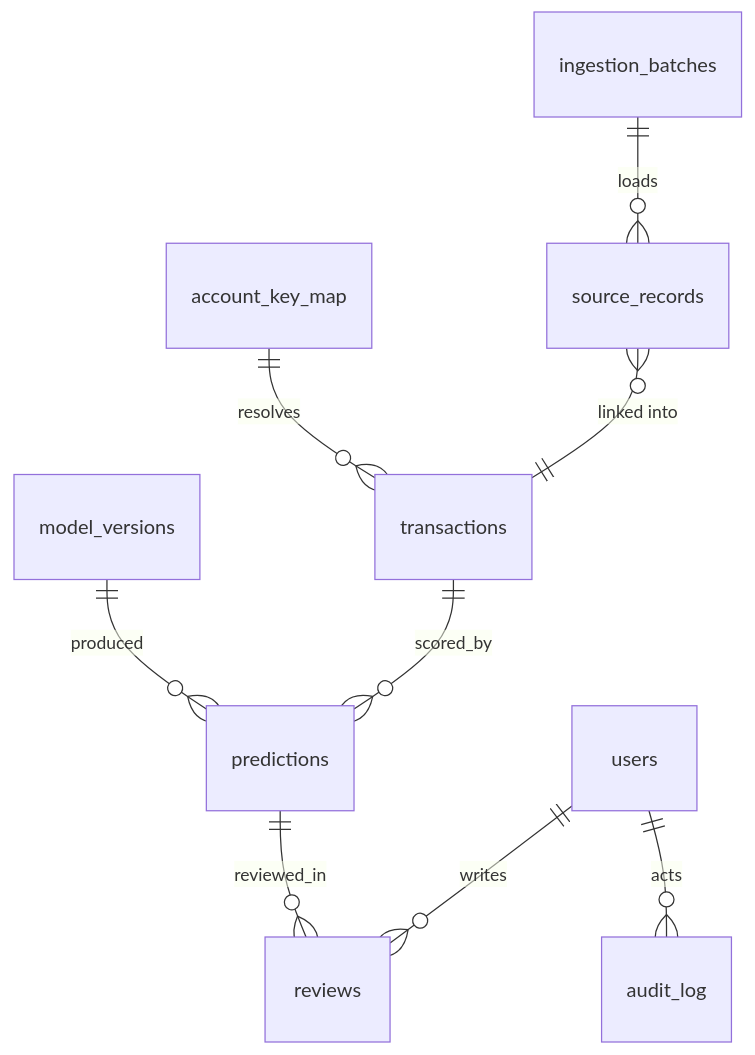
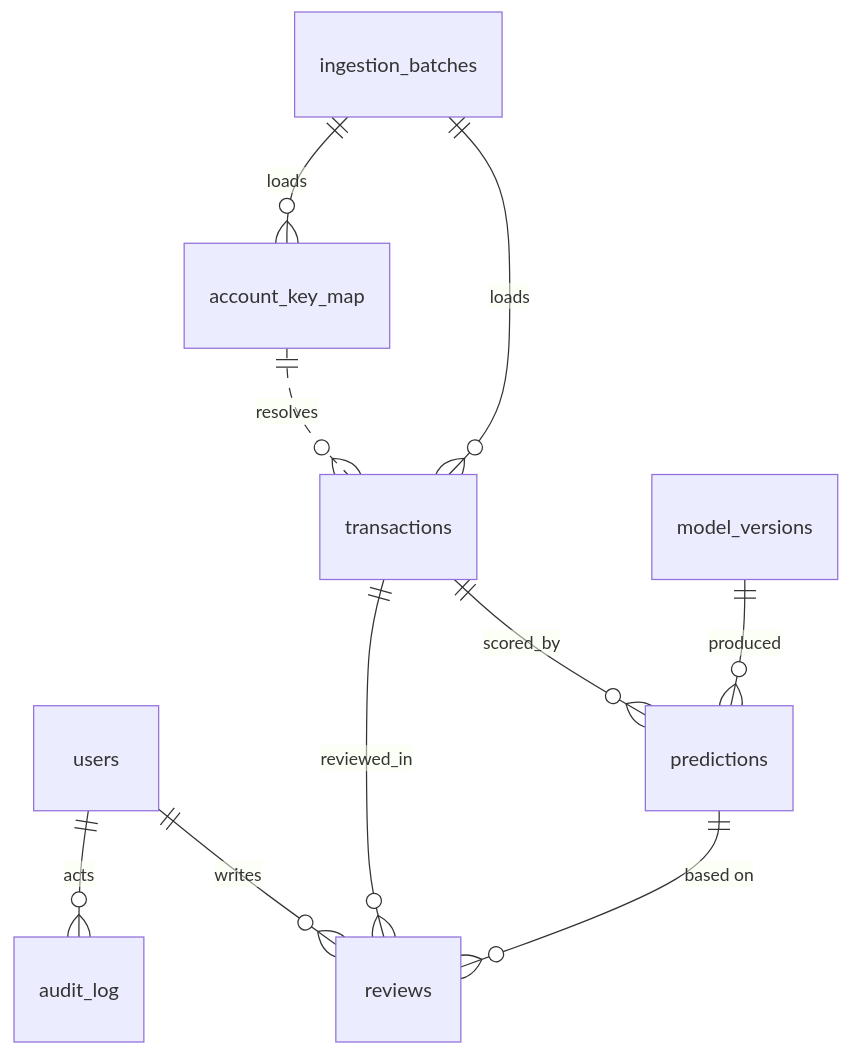
The second of 3 diagrams in docs/architecture.md (Tanweer076/Fraud-Risk-Platform), drawn with Mermaid before and after one commit. The commit also changed other lines of this file and 93 other files, not shown here.

````diff
--- a/docs/architecture.md
+++ b/docs/architecture.md
@@ -274,11 +274,12 @@
 ```mermaid
 erDiagram
   users ||--o{ reviews : writes
-  ingestion_batches ||--o{ source_records : loads
-  source_records }o--|| transactions : "linked into"
-  account_key_map ||--o{ transactions : resolves
+  ingestion_batches ||--o{ transactions : loads
+  ingestion_batches ||--o{ account_key_map : loads
+  account_key_map ||..o{ transactions : resolves
   transactions ||--o{ predictions : scored_by
   model_versions ||--o{ predictions : produced
-  predictions ||--o{ reviews : reviewed_in
+  transactions ||--o{ reviews : reviewed_in
+  predictions ||--o{ reviews : "based on"
   users ||--o{ audit_log : acts
 ```
````
